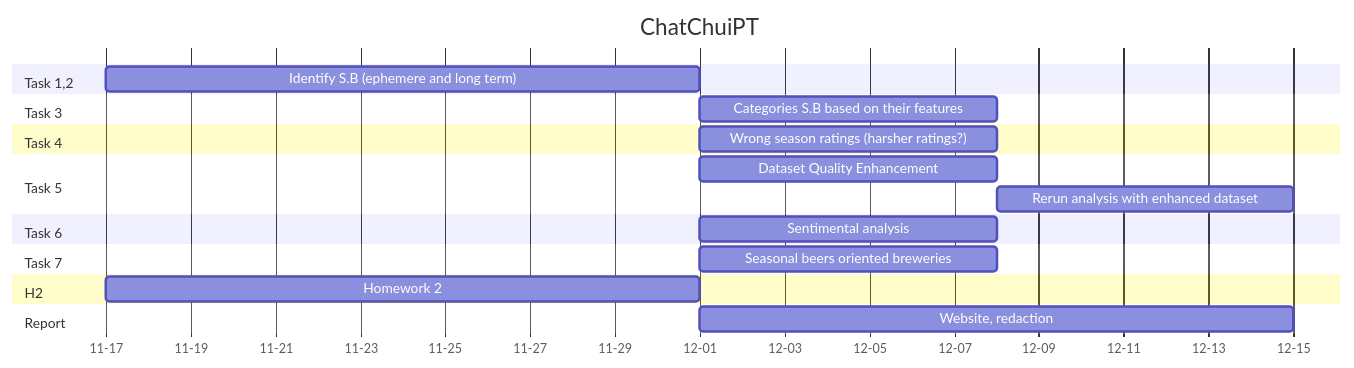
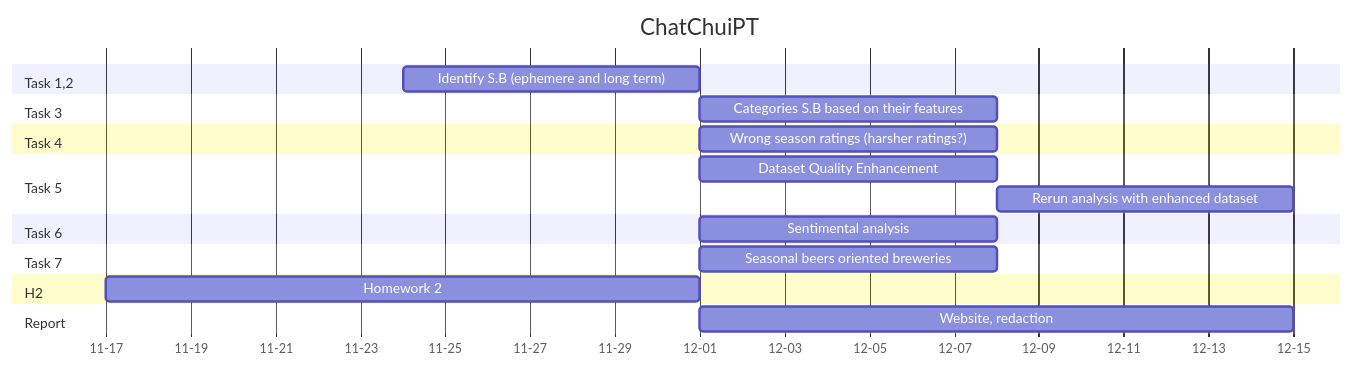
Before and after one commit to epfl-ada/ada-2023-project-chatchuipt: the diagram in readme.md, drawn with Mermaid.

Commit message:
timeline update

````diff
--- a/readme.md
+++ b/readme.md
@@ -60,24 +60,24 @@
 ```mermaid
 gantt
     title ChatChuiPT
     dateFormat MM-DD
 	axisFormat %m-%d
 
 	section Task 1,2
-		Identify S.B (ephemere and long term)   :t1, 11-17, 2w
+		Identify S.B (ephemere and long term)   :t1, 11-24, 1w
 	section Task 3
 		Categories S.B based on their features  :t3, after t1 h2, 1w
     section Task 4
 		Wrong season ratings (harsher ratings?) :after t1 h2, 1w
 	section Task 5
 		Dataset Quality Enhancement             :t51, after t1 h2, 1w
 		Rerun analysis with enhanced dataset    :t52, after t51, 1w
 	section Task 6
 		Sentimental analysis                    :after t1 h2, 1w
 	section Task 7 
 		Seasonal beers oriented breweries       :after t1 h2, 1w
 	section H2
 		Homework 2                              :h2, 11-17, 2w
 	section Report
 		Website, redaction                      :after t1, 2w
 ```
````
